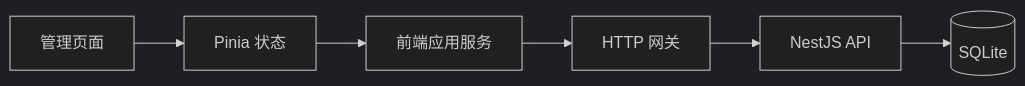
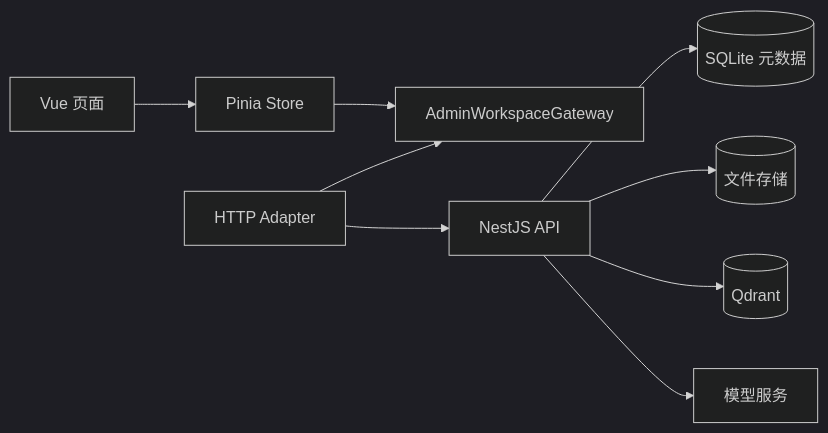
One commit to yiting001/agent changed the diagram in docs/modules/admin-web.md. Above: the diagram before and after it, drawn with Mermaid (dark theme). The commit also changed other lines of this file and 140 other files, not shown here.

````diff
--- a/docs/modules/admin-web.md
+++ b/docs/modules/admin-web.md
@@ -158,15 +46,11 @@
 ```mermaid
 flowchart LR
-  View[管理页面]
-  Store[Pinia 状态]
-  UseCase[前端应用服务]
-  HttpGateway[HTTP 网关]
-  Api[NestJS API]
-  Database[(SQLite)]
-
-  View --> Store
-  Store --> UseCase
-  UseCase --> HttpGateway
-  HttpGateway --> Api
-  Api --> Database
+  View[Vue 页面] --> Store[Pinia Store]
+  Store --> Port[AdminWorkspaceGateway]
+  Adapter[HTTP Adapter] --> Port
+  Adapter --> API[NestJS API]
+  API --> SQLite[(SQLite 元数据)]
+  API --> Files[(文件存储)]
+  API --> Qdrant[(Qdrant)]
+  API --> Model[模型服务]
 ```
````
